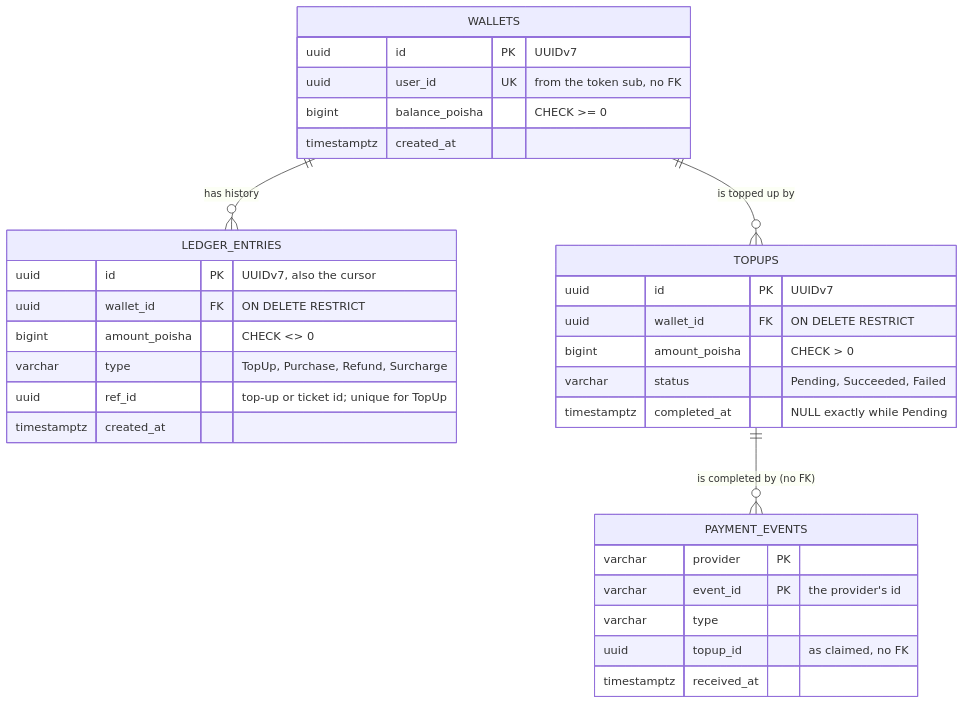
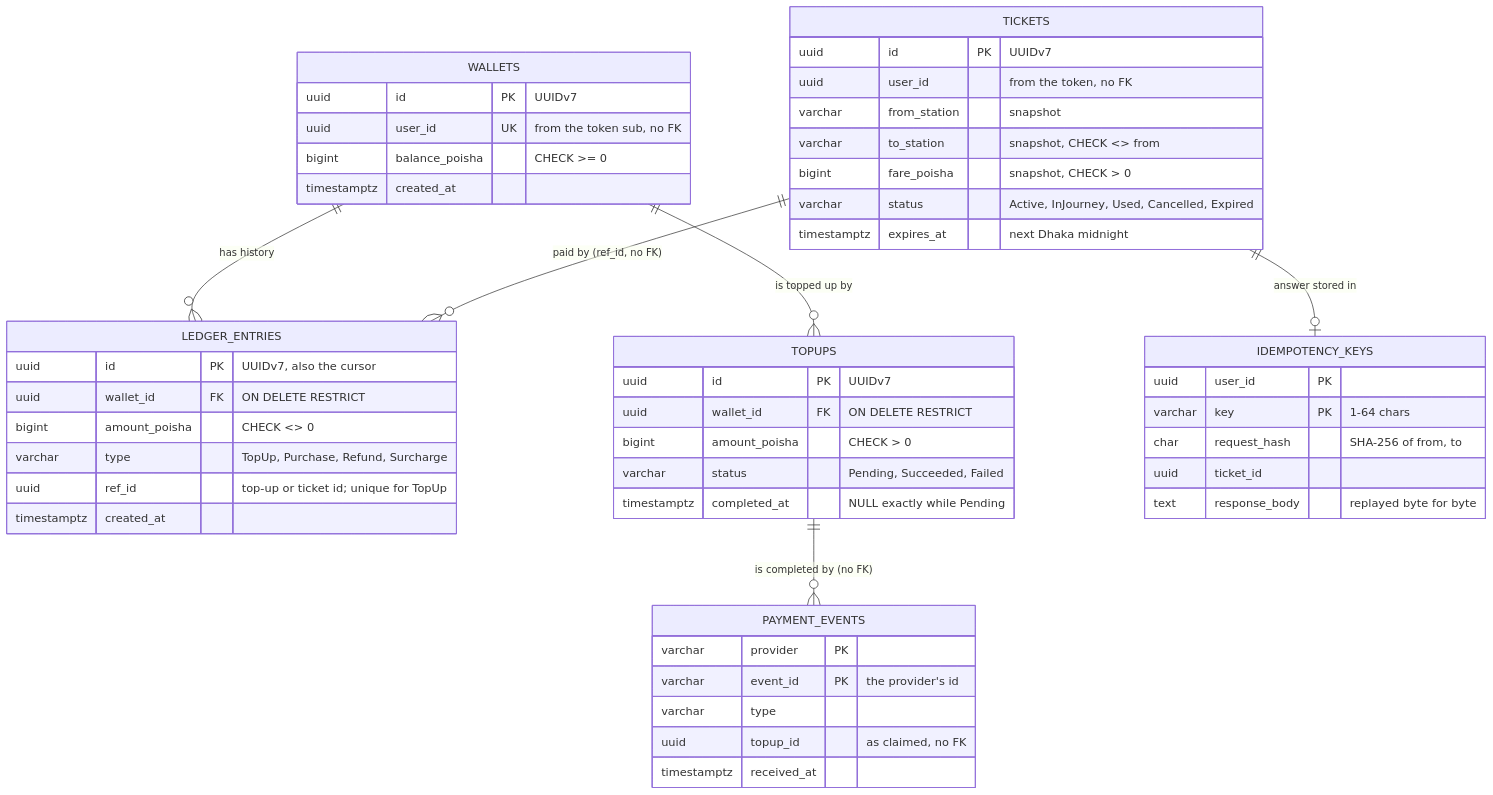
The third of 3 diagrams in README.md (istiak133/transit-pass), drawn with Mermaid before and after one commit. The commit also changed other lines of this file and 19 other files, not shown here.

First line of the commit message:
feat(core): ticket purchase with Idempotency-Key and an atomic debit (#15)

````diff
--- a/README.md
+++ b/README.md
@@ -146,34 +151,52 @@
 ```mermaid
 erDiagram
     WALLETS ||--o{ LEDGER_ENTRIES : "has history"
     WALLETS ||--o{ TOPUPS : "is topped up by"
     TOPUPS ||--o{ PAYMENT_EVENTS : "is completed by (no FK)"
+    TICKETS ||--o{ LEDGER_ENTRIES : "paid by (ref_id, no FK)"
+    TICKETS ||--o| IDEMPOTENCY_KEYS : "answer stored in"
     WALLETS {
         uuid id PK "UUIDv7"
         uuid user_id UK "from the token sub, no FK"
         bigint balance_poisha "CHECK >= 0"
         timestamptz created_at
     }
     LEDGER_ENTRIES {
         uuid id PK "UUIDv7, also the cursor"
         uuid wallet_id FK "ON DELETE RESTRICT"
         bigint amount_poisha "CHECK <> 0"
         varchar type "TopUp, Purchase, Refund, Surcharge"
         uuid ref_id "top-up or ticket id; unique for TopUp"
         timestamptz created_at
     }
     TOPUPS {
         uuid id PK "UUIDv7"
         uuid wallet_id FK "ON DELETE RESTRICT"
         bigint amount_poisha "CHECK > 0"
         varchar status "Pending, Succeeded, Failed"
         timestamptz completed_at "NULL exactly while Pending"
     }
     PAYMENT_EVENTS {
         varchar provider PK
         varchar event_id PK "the provider's id"
         varchar type
         uuid topup_id "as claimed, no FK"
         timestamptz received_at
     }
+    TICKETS {
+        uuid id PK "UUIDv7"
+        uuid user_id "from the token, no FK"
+        varchar from_station "snapshot"
+        varchar to_station "snapshot, CHECK <> from"
+        bigint fare_poisha "snapshot, CHECK > 0"
+        varchar status "Active, InJourney, Used, Cancelled, Expired"
+        timestamptz expires_at "next Dhaka midnight"
+    }
+    IDEMPOTENCY_KEYS {
+        uuid user_id PK
+        varchar key PK "1-64 chars"
+        char request_hash "SHA-256 of from, to"
+        uuid ticket_id
+        text response_body "replayed byte for byte"
+    }
 ```
````
